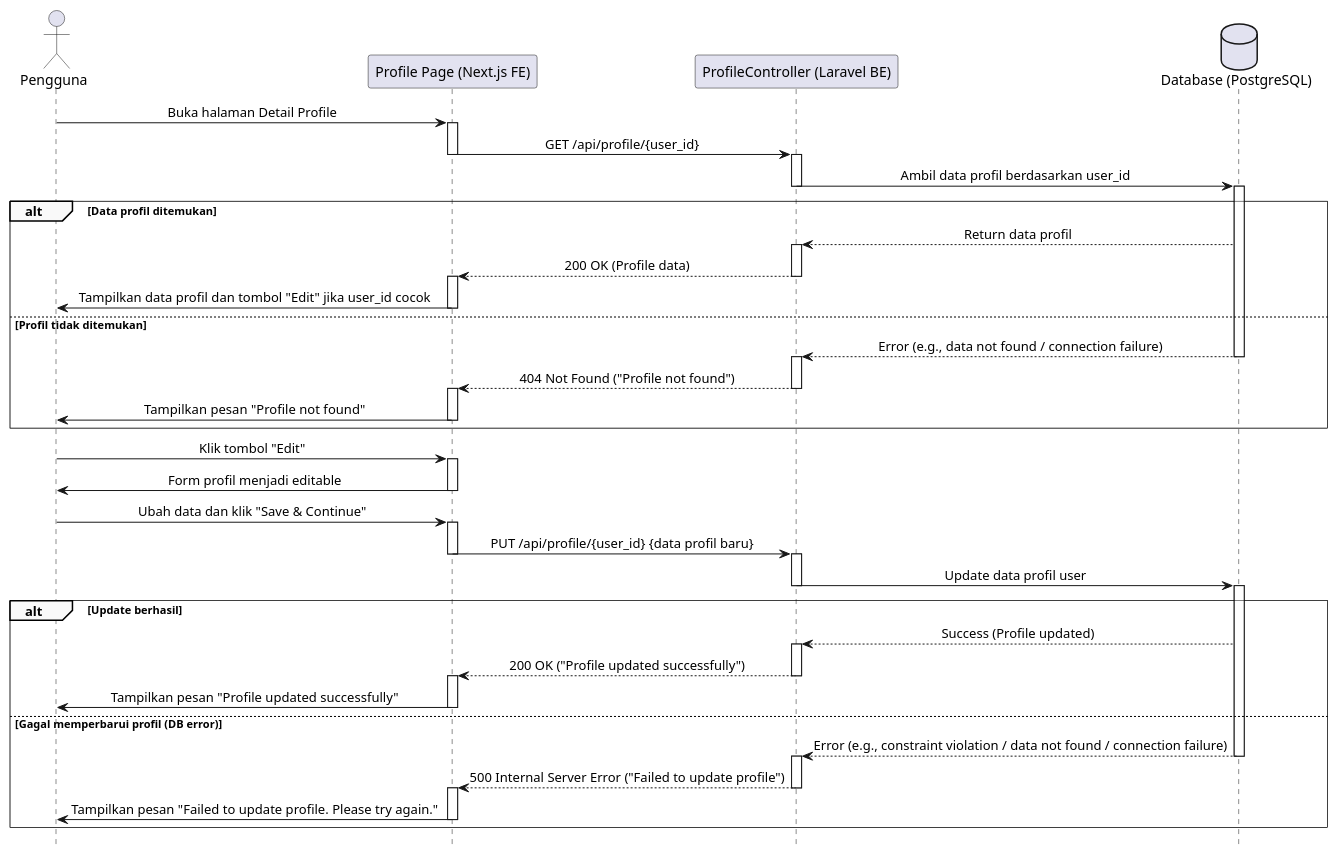
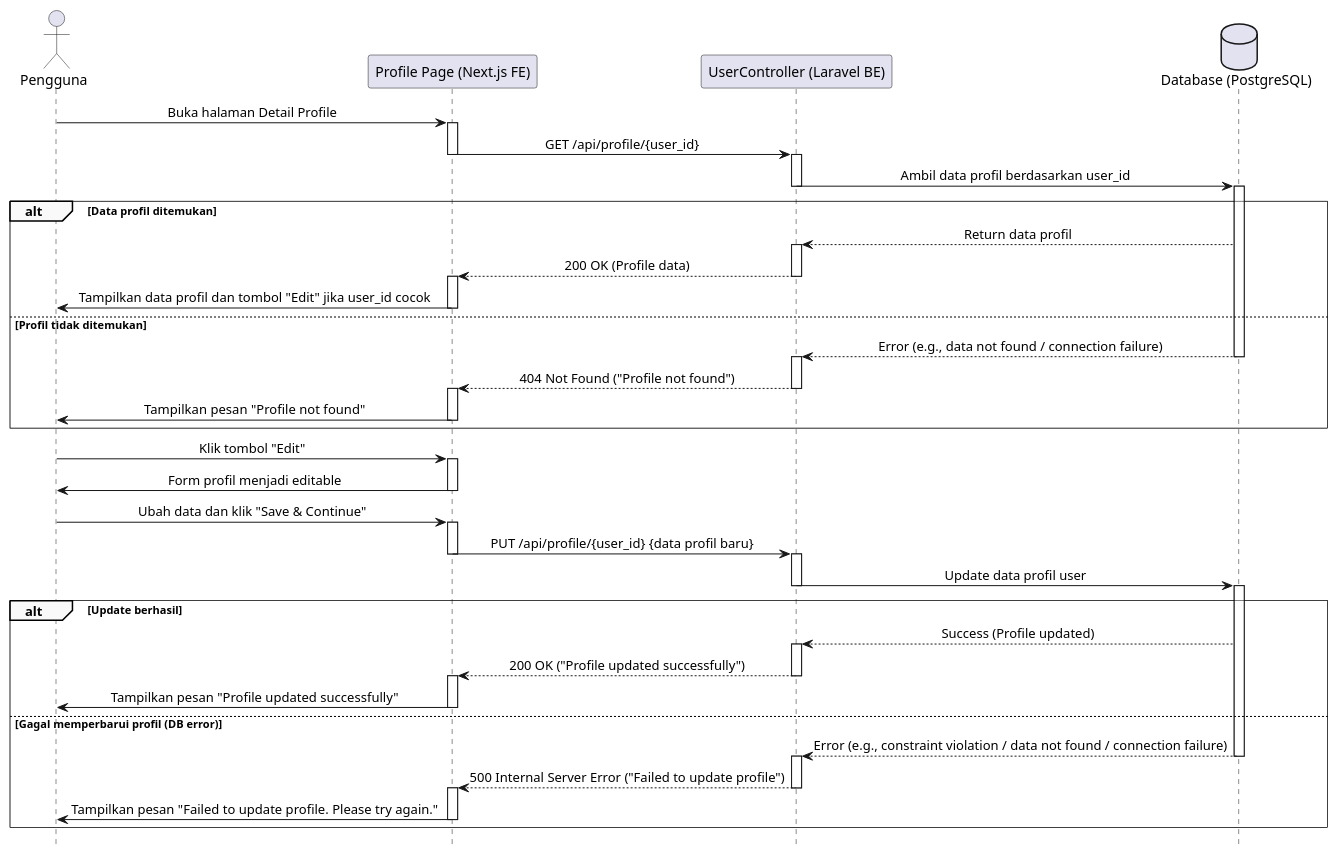
One commit to fadhel-rizanda/skripsi-plantuml changed the diagram in sequence/MemperbaruiProfile.plantuml. Above: the diagram before and after it, drawn with PlantUML. The commit also changed 27 other files, not shown here.

```diff
--- a/sequence/MemperbaruiProfile.plantuml
+++ b/sequence/MemperbaruiProfile.plantuml
@@ -1,85 +1,85 @@
 @startuml
 ' === Styling ===
 skinparam sequence {
     LifelineFooterStrategy none
     MessageAlign center
     ArrowThickness 1
     ParticipantPadding 20
     GroupBorderThickness 0.5
     GroupBackgroundColor #F9F9F9
 }
 hide footbox
 
 ' === Participants ===
 actor Pengguna
 participant "Profile Page (Next.js FE)" as FE
-participant "ProfileController (Laravel BE)" as BE
+participant "UserController (Laravel BE)" as BE
 database "Database (PostgreSQL)" as DB
 
 
 ' === Flow 1: Membuka Halaman Profile ===
 Pengguna -> FE: Buka halaman Detail Profile
 activate FE
 FE -> BE: GET /api/profile/{user_id}
 deactivate FE
 activate BE
 BE -> DB: Ambil data profil berdasarkan user_id
 deactivate BE
 activate DB
 alt Data profil ditemukan
 DB --> BE: Return data profil
 activate BE
     BE --> FE: 200 OK (Profile data)
     deactivate BE
     activate FE
     FE -> Pengguna: Tampilkan data profil dan tombol "Edit" jika user_id cocok
     deactivate FE
 else Profil tidak ditemukan
 DB --> BE: Error (e.g., data not found / connection failure)
 
 deactivate DB
     activate BE
     BE --> FE: 404 Not Found ("Profile not found")
     deactivate BE
     activate FE
     FE -> Pengguna: Tampilkan pesan "Profile not found"
     deactivate FE
 end
 
 
 ' === Flow 2: Mengedit dan Menyimpan Profil ===
 Pengguna -> FE: Klik tombol "Edit"
 activate FE
 FE -> Pengguna: Form profil menjadi editable
 deactivate FE
 
 Pengguna -> FE: Ubah data dan klik "Save & Continue"
 activate FE
 FE -> BE: PUT /api/profile/{user_id} {data profil baru}
 deactivate FE
 activate BE
     BE -> DB: Update data profil user
     deactivate BE
     activate DB
 
     alt Update berhasil
         DB --> BE: Success (Profile updated)
     activate BE
         BE --> FE: 200 OK ("Profile updated successfully")
         deactivate BE
         activate FE
         FE -> Pengguna: Tampilkan pesan "Profile updated successfully"
         deactivate FE
 
     else Gagal memperbarui profil (DB error)
         DB --> BE: Error (e.g., constraint violation / data not found / connection failure)
         deactivate DB
         activate BE
         BE --> FE: 500 Internal Server Error ("Failed to update profile")
         deactivate BE
         activate FE
         FE -> Pengguna: Tampilkan pesan "Failed to update profile. Please try again."
         deactivate FE
     end
 
 @enduml
```
